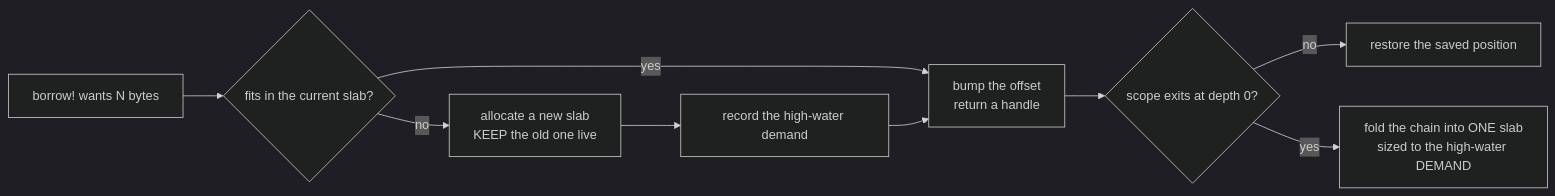
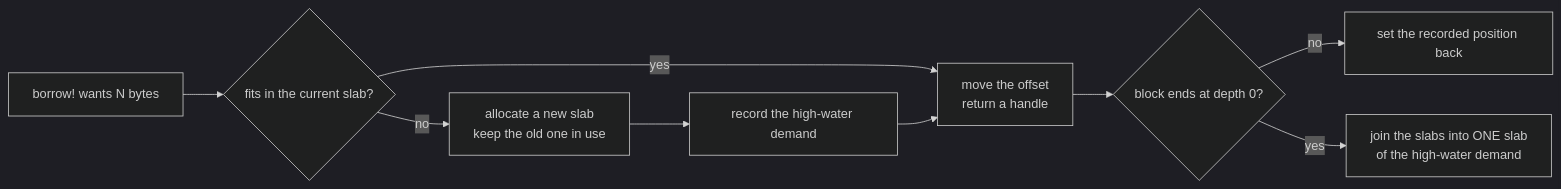
Before and after one commit to el-oso/PureBLAS.jl: the second of 4 diagrams in docs/src/arena.md, drawn with Mermaid (dark theme). The commit also changed other lines of this file, not shown here.

````diff
--- a/docs/src/arena.md
+++ b/docs/src/arena.md
@@ -55,11 +52,11 @@
 ```mermaid
 flowchart LR
     A["borrow! wants N bytes"] --> B{"fits in the current slab?"}
-    B -- yes --> C["bump the offset<br/>return a handle"]
-    B -- no --> D["allocate a new slab<br/>KEEP the old one live"]
+    B -- yes --> C["move the offset<br/>return a handle"]
+    B -- no --> D["allocate a new slab<br/>keep the old one in use"]
     D --> E["record the high-water demand"]
     E --> C
-    C --> F{"scope exits at depth 0?"}
-    F -- no --> G["restore the saved position"]
-    F -- yes --> H["fold the chain into ONE slab<br/>sized to the high-water DEMAND"]
+    C --> F{"block ends at depth 0?"}
+    F -- no --> G["set the recorded position back"]
+    F -- yes --> H["join the slabs into ONE slab<br/>of the high-water demand"]
 ```
````
